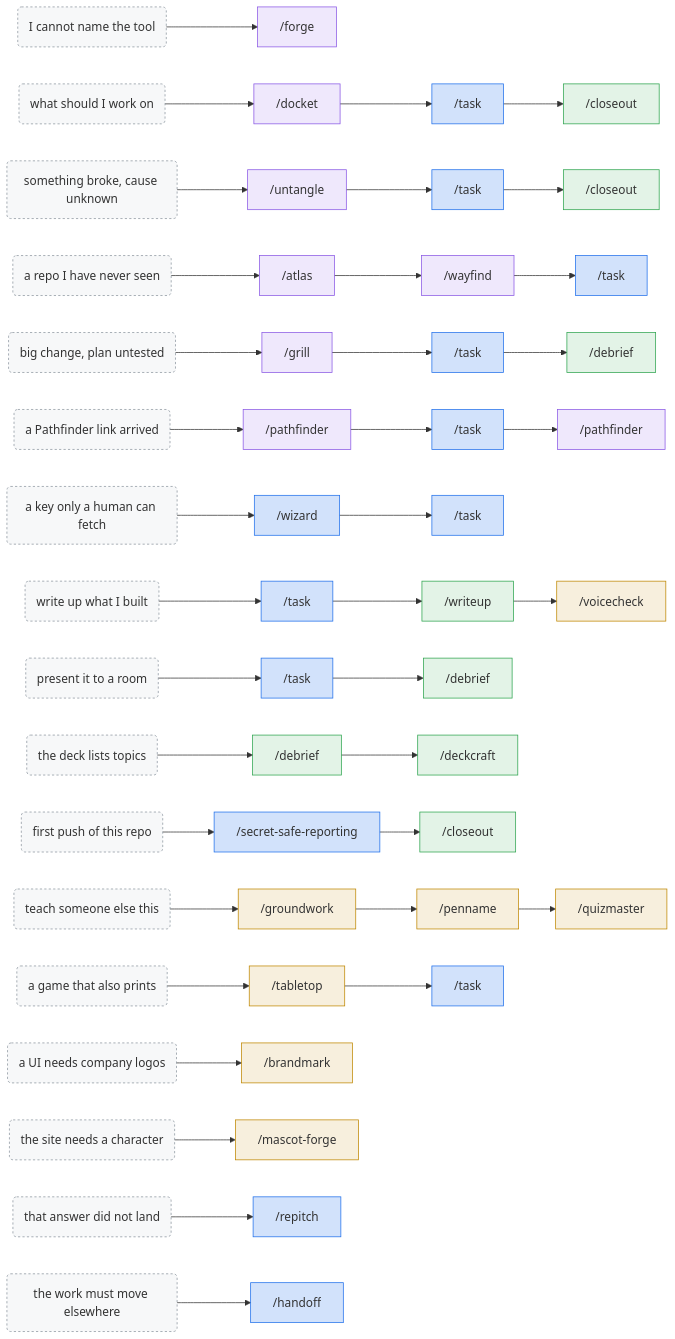
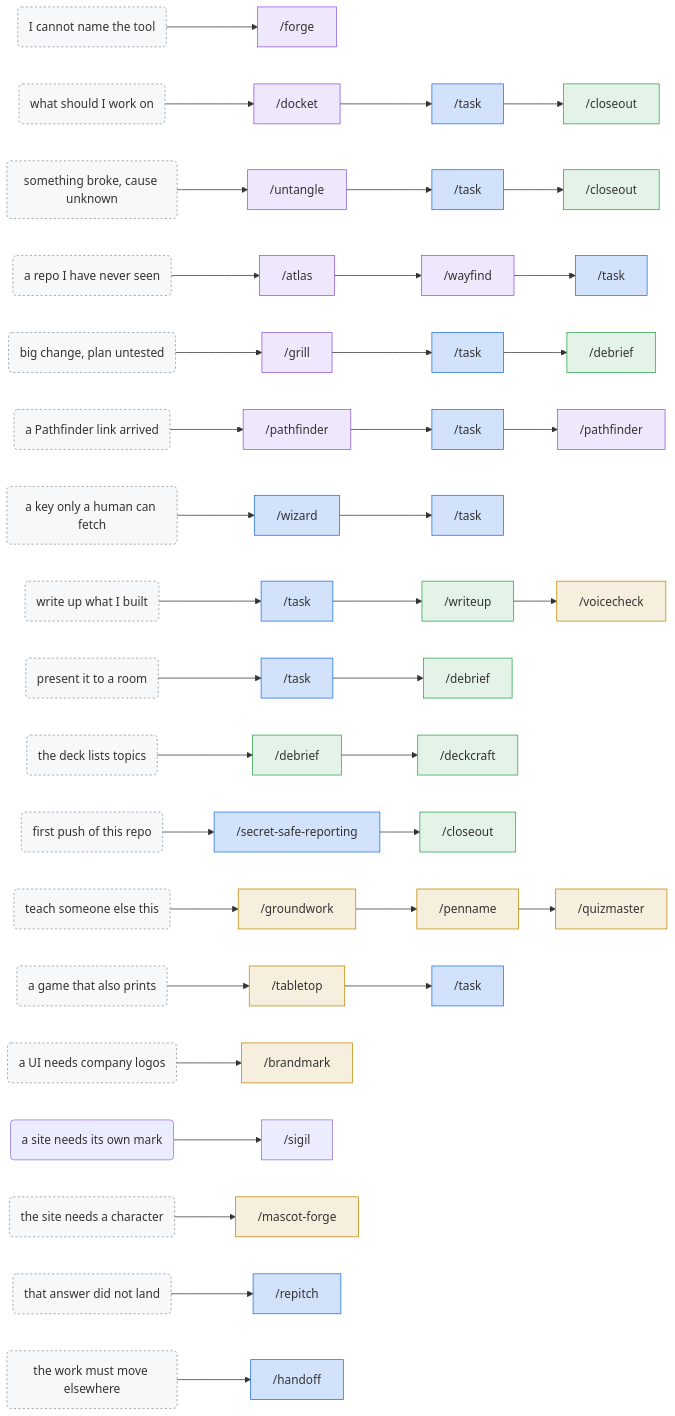
Before and after one commit to LucianoAdonis/neorgon-forge: the second of 2 diagrams in README.md, drawn with Mermaid. The commit also changed other lines of this file and 6 other files, not shown here.

First line of the commit message:
feat(sigil): the skill that gives a site its mark

````diff
--- a/README.md
+++ b/README.md
@@ -54,31 +54,32 @@
 ```mermaid
 flowchart LR
     q1("I cannot name the tool") --> n1_0["/forge"]
     q2("what should I work on") --> n2_0["/docket"] --> n2_1["/task"] --> n2_2["/closeout"]
     q3("something broke, cause unknown") --> n3_0["/untangle"] --> n3_1["/task"] --> n3_2["/closeout"]
     q4("a repo I have never seen") --> n4_0["/atlas"] --> n4_1["/wayfind"] --> n4_2["/task"]
     q5("big change, plan untested") --> n5_0["/grill"] --> n5_1["/task"] --> n5_2["/debrief"]
     q6("a Pathfinder link arrived") --> n6_0["/pathfinder"] --> n6_1["/task"] --> n6_2["/pathfinder"]
     q7("a key only a human can fetch") --> n7_0["/wizard"] --> n7_1["/task"]
     q8("write up what I built") --> n8_0["/task"] --> n8_1["/writeup"] --> n8_2["/voicecheck"]
     q9("present it to a room") --> n9_0["/task"] --> n9_1["/debrief"]
     q10("the deck lists topics") --> n10_0["/debrief"] --> n10_1["/deckcraft"]
     q11("first push of this repo") --> n11_0["/secret-safe-reporting"] --> n11_1["/closeout"]
     q12("teach someone else this") --> n12_0["/groundwork"] --> n12_1["/penname"] --> n12_2["/quizmaster"]
     q13("a game that also prints") --> n13_0["/tabletop"] --> n13_1["/task"]
     q14("a UI needs company logos") --> n14_0["/brandmark"]
+    q14b("a site needs its own mark") --> n14b_0["/sigil"]
     q15("the site needs a character") --> n15_0["/mascot-forge"]
     q16("that answer did not land") --> n16_0["/repitch"]
     q17("the work must move elsewhere") --> n17_0["/handoff"]
 
     classDef before fill:#8957e522,stroke:#8957e5,stroke-width:1px
     classDef during fill:#1f6feb33,stroke:#1f6feb,stroke-width:1px
     classDef after fill:#2da44e22,stroke:#2da44e,stroke-width:1px
     classDef craft fill:#bf870022,stroke:#bf8700,stroke-width:1px
     classDef ask fill:#8b949e11,stroke:#8b949e,stroke-dasharray:3 3
     class q1,q2,q3,q4,q5,q6,q7,q8,q9,q10,q11,q12,q13,q14,q15,q16,q17 ask
     class n1_0,n2_0,n3_0,n4_0,n4_1,n5_0,n6_0,n6_2 before
     class n2_1,n3_1,n4_2,n5_1,n6_1,n7_0,n7_1,n8_0,n9_0,n11_0,n13_1,n16_0,n17_0 during
     class n2_2,n3_2,n5_2,n8_1,n9_1,n10_0,n10_1,n11_1 after
     class n8_2,n12_0,n12_1,n12_2,n13_0,n14_0,n15_0 craft
 ```
````
